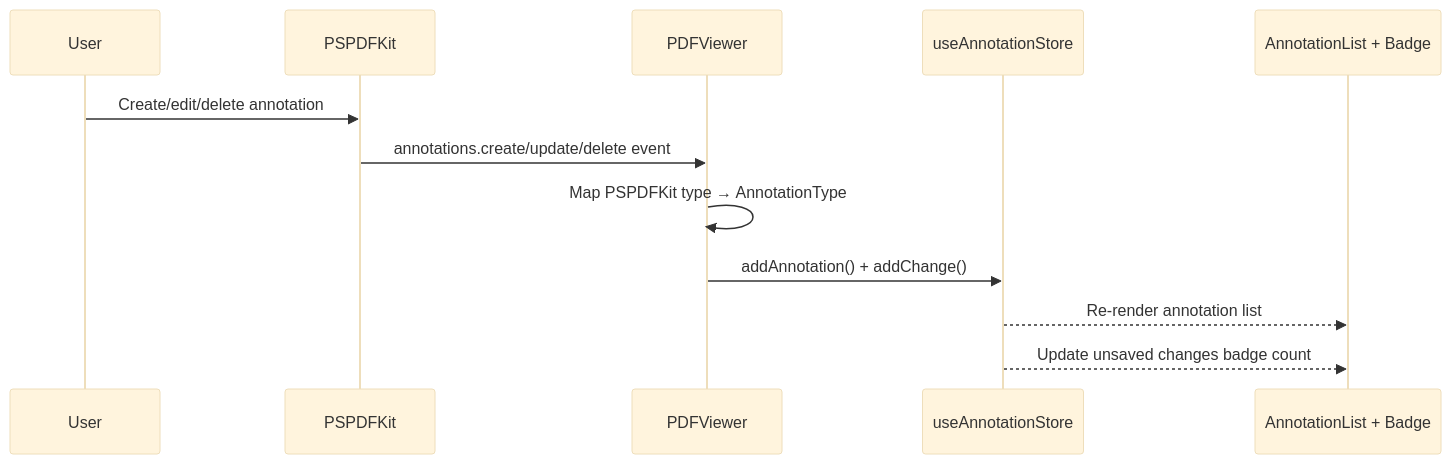
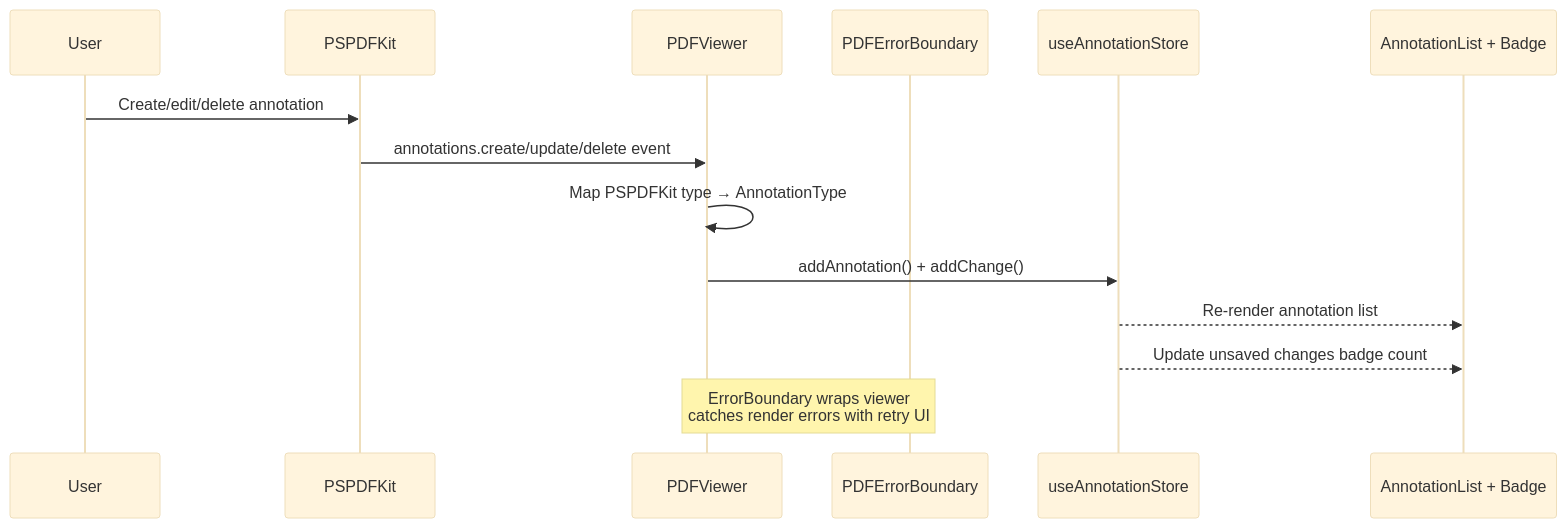
One commit to hellosurbhi/pdf-review-tool changed the seventh of 8 diagrams in ARCHITECTURE.md. Above: the diagram before and after it, drawn with Mermaid (base theme). The commit also changed other lines of this file and 16 other files, not shown here.

````diff
--- a/ARCHITECTURE.md
+++ b/ARCHITECTURE.md
@@ -455,15 +370,18 @@
 ```mermaid
 sequenceDiagram
     participant User
     participant PSPDFKit
     participant Viewer as PDFViewer
+    participant ErrorBoundary as PDFErrorBoundary
     participant Store as useAnnotationStore
     participant UI as AnnotationList + Badge
 
     User->>PSPDFKit: Create/edit/delete annotation
     PSPDFKit->>Viewer: annotations.create/update/delete event
     Viewer->>Viewer: Map PSPDFKit type → AnnotationType
     Viewer->>Store: addAnnotation() + addChange()
     Store-->>UI: Re-render annotation list
     Store-->>UI: Update unsaved changes badge count
+
+    Note over ErrorBoundary,Viewer: ErrorBoundary wraps viewer<br/>catches render errors with retry UI
 ```
````
